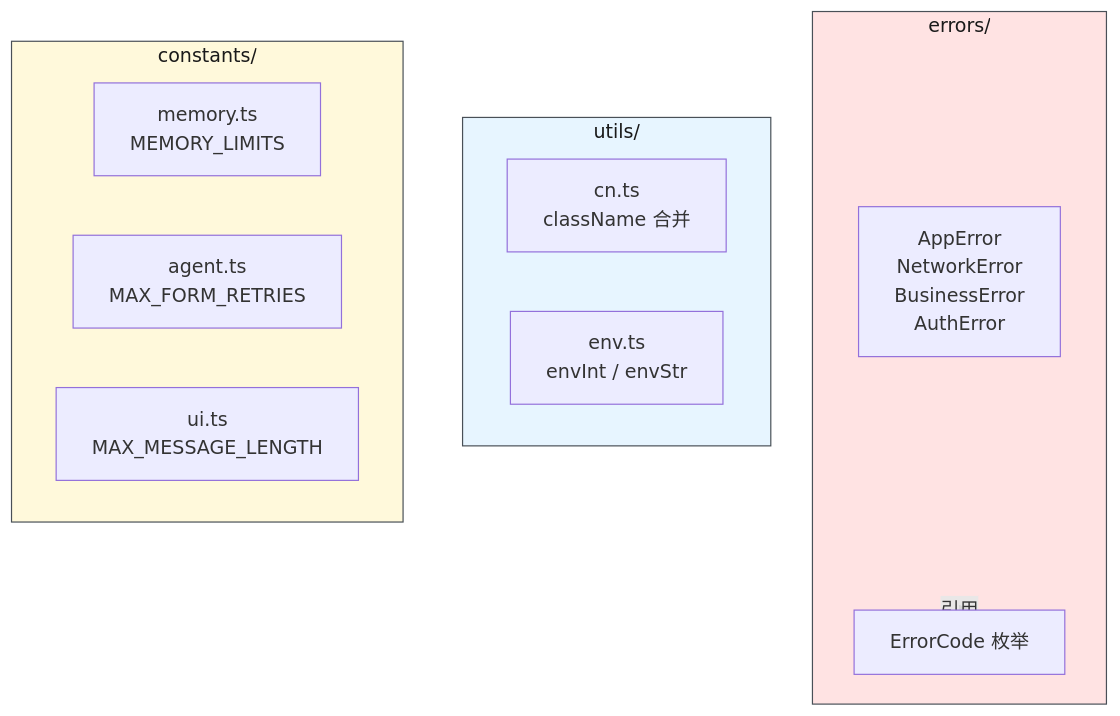
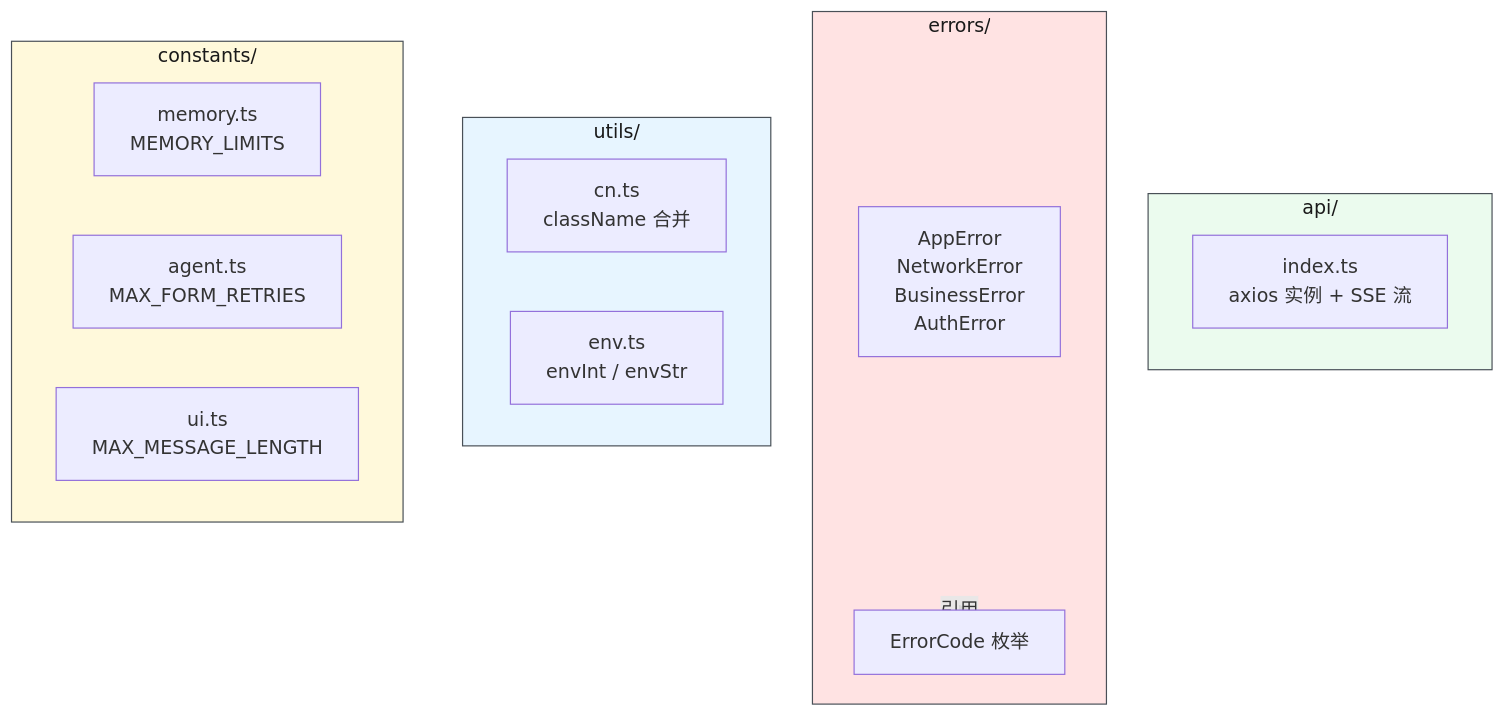
The first of 3 diagrams in src/infrastructure/CLAUDE.md (yjzaaa/leave-approval-agent), drawn with Mermaid before and after one commit. The commit also changed other lines of this file and 11 other files, not shown here.

First line of the commit message:
refactor: Vite 单进程启动 + axios API 客户端

````diff
--- a/src/infrastructure/CLAUDE.md
+++ b/src/infrastructure/CLAUDE.md
@@ -22,24 +23,29 @@
 ```mermaid
 graph TD
+    subgraph API["api/"]
+        Axios["index.ts<br/>axios 实例 + SSE 流"]
+    end
+
     subgraph Errors["errors/"]
         AppError["AppError<br/>NetworkError<br/>BusinessError<br/>AuthError"]
         ErrorCode["ErrorCode 枚举"]
     end
 
     subgraph Utils["utils/"]
         Cn["cn.ts<br/>className 合并"]
         Env["env.ts<br/>envInt / envStr"]
     end
 
     subgraph Constants["constants/"]
         MemConst["memory.ts<br/>MEMORY_LIMITS"]
         AgentConst["agent.ts<br/>MAX_FORM_RETRIES"]
         UiConst["ui.ts<br/>MAX_MESSAGE_LENGTH"]
     end
 
     Errors -->|"引用"| ErrorCode
 
+    style API fill:#ebfbee,stroke:#495057,color:#1a1a1a
     style Errors fill:#ffe3e3,stroke:#495057,color:#1a1a1a
     style Utils fill:#e7f5ff,stroke:#495057,color:#1a1a1a
     style Constants fill:#fff9db,stroke:#495057,color:#1a1a1a
 ```
````
